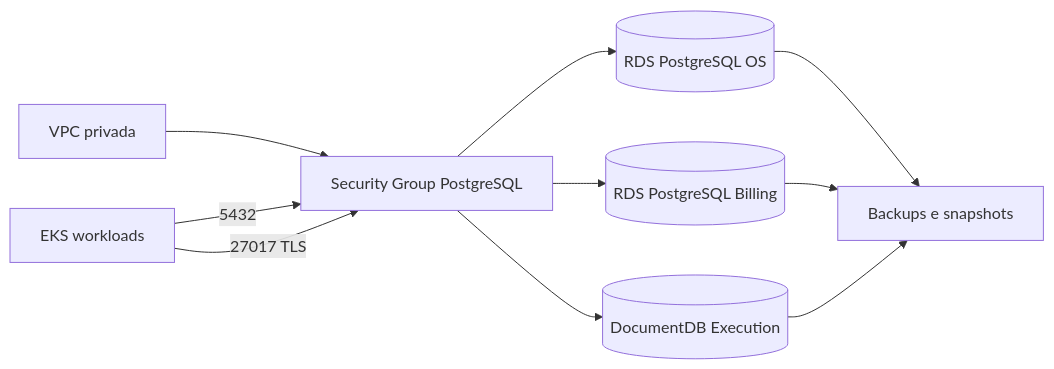
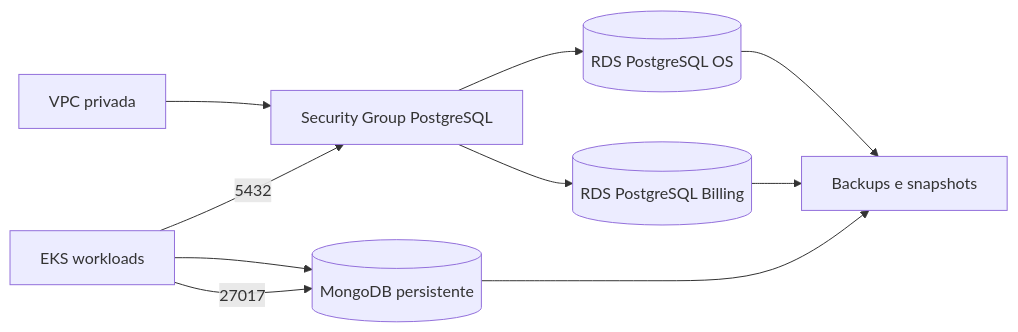
Before and after one commit to kmlyteixeira/garage-management-database: the diagram in README.md, drawn with Mermaid. The commit also changed other lines of this file and 6 other files, not shown here.

````diff
--- a/README.md
+++ b/README.md
@@ -27,12 +28,12 @@
 ```mermaid
 flowchart LR
 		VPC[VPC privada] --> SG[Security Group PostgreSQL]
 		SG --> OS[(RDS PostgreSQL OS)]
 		SG --> BILLING[(RDS PostgreSQL Billing)]
-		SG --> EXEC[(DocumentDB Execution)]
+		EKS --> EXEC[(MongoDB persistente)]
 		EKS[EKS workloads] -->|5432| SG
-		EKS -->|27017 TLS| SG
+		EKS -->|27017| EXEC
 		OS --> B[Backups e snapshots]
 		BILLING --> B
 		EXEC --> B
 ```
````
